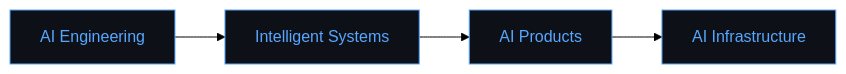
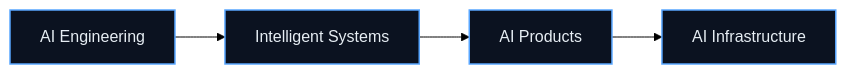
Diagram 11 of 11 in README.md (kunalchwdry/kunalchwdry), drawn with Mermaid (forest theme) before and after one commit. The commit also changed other lines of this file, not shown here.

````diff
--- a/README.md
+++ b/README.md
@@ -920,9 +612,9 @@
-```mermaid
+``` mermaid
 flowchart LR
     A["AI Engineering"] --> B["Intelligent Systems"]
     B --> C["AI Products"]
     C --> D["AI Infrastructure"]
 
-    classDef n fill:#0d1117,stroke:#58a6ff,color:#58a6ff;
+    classDef n fill:#0b1220,stroke:#58a6ff,color:#e6edf3,stroke-width:1.5px;
     class A,B,C,D n;
 ```
````
